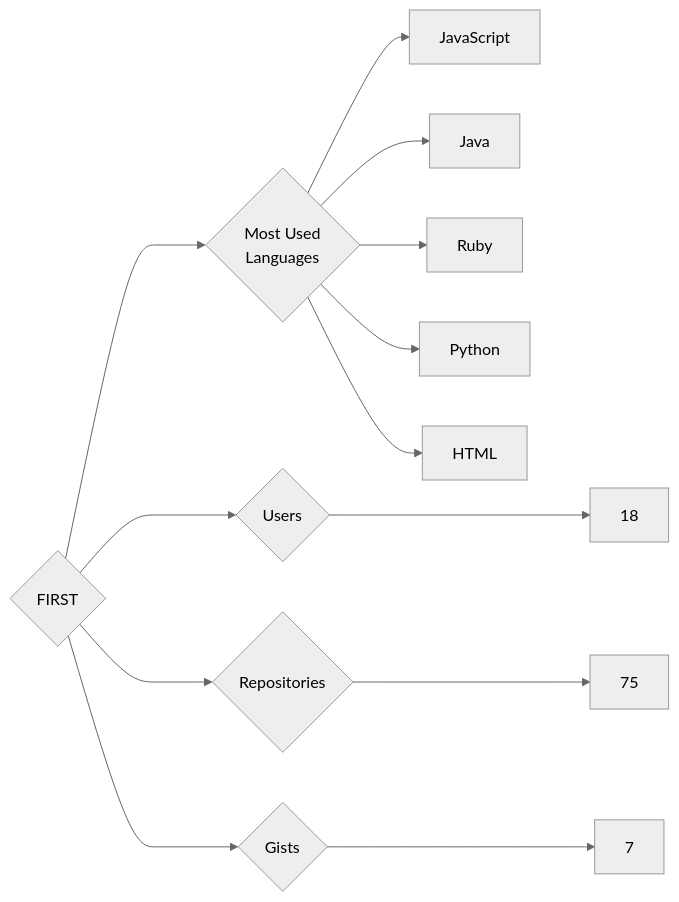
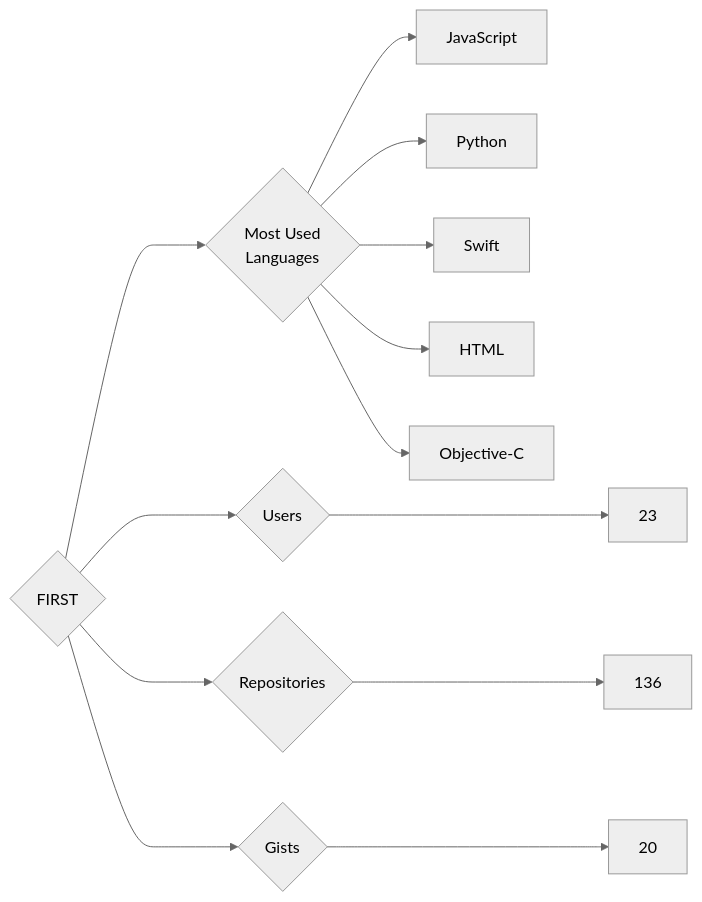
Before and after one commit to trickest/insiders: the diagram in targets/FIRST/README.md, drawn with Mermaid (neutral theme). The commit also changed 715 other files, not shown here.

````diff
--- a/targets/FIRST/README.md
+++ b/targets/FIRST/README.md
@@ -3,13 +3,13 @@
 ```mermaid
 graph LR
 COMPANY_NAME{FIRST}
-COMPANY_NAME ---> U{Users} ---> UN[18]
-COMPANY_NAME ---> R{Repositories} ---> RN[75]
-COMPANY_NAME ---> G{Gists} ---> GN[7]
+COMPANY_NAME ---> U{Users} ---> UN[23]
+COMPANY_NAME ---> R{Repositories} ---> RN[136]
+COMPANY_NAME ---> G{Gists} ---> GN[20]
 COMPANY_NAME ---> ML{Most Used<br>Languages}
 ML --> JavaScript[JavaScript]
-ML --> Java[Java]
-ML --> Ruby[Ruby]
 ML --> Python[Python]
+ML --> Swift[Swift]
 ML --> HTML[HTML]
+ML --> Objective-C[Objective-C]
 ```
````
